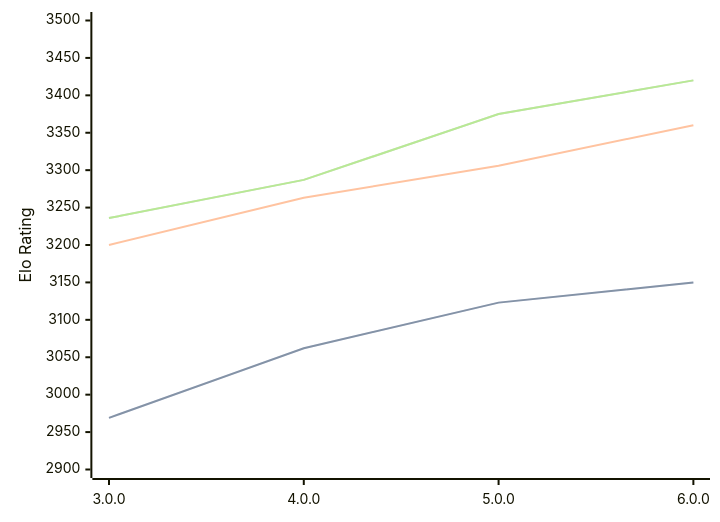
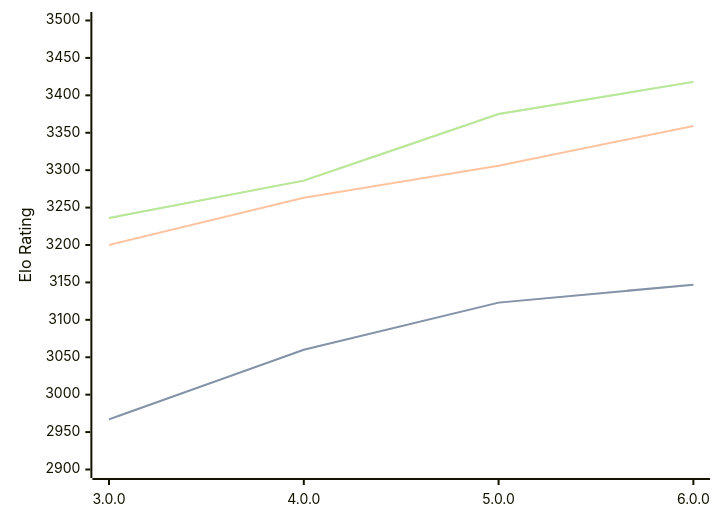
One commit to computer-chess-index/cci changed the diagram in engines/Minke.md. Above: the diagram before and after it, drawn with Mermaid. The commit also changed other lines of this file, not shown here.

Commit message:
Update CCI Ratings (ELO VLTC) - 2026-08-03

````diff
--- a/engines/Minke.md
+++ b/engines/Minke.md
@@ -36,11 +36,11 @@
 ```mermaid
 %%{init: {"theme":"base","themeVariables":{"seriesColors:['#a3a3a3','#222221','#faa371']}}}%%
 xychart-beta
   x-axis ["3.0.0", "4.0.0", "5.0.0", "6.0.0"]
   y-axis "Elo Rating" 2900 --> 3500
-  line "STC (8.0+0.08s)" [2969, 3062, 3123, 3150]
-  line "STC (8.0+0.08s)" [2969, 3062, 3123, 3150]
-  line "LTC (60.0+0.60s)" [3200, 3263, 3306, 3360]
-  line "VLTC (2m24s+1.12s)" [3236, 3287, 3375, 3420]
-  line "VLTC (2m24s+1.12s)" [3236, 3287, 3375, 3420]
+  line "STC (8.0+0.08s)" [2967, 3060, 3123, 3147]
+  line "STC (8.0+0.08s)" [2967, 3060, 3123, 3147]
+  line "LTC (60.0+0.60s)" [3200, 3263, 3306, 3359]
+  line "VLTC (2m24s+1.12s)" [3236, 3286, 3375, 3418]
+  line "VLTC (2m24s+1.12s)" [3236, 3286, 3375, 3418]
 ```
````
